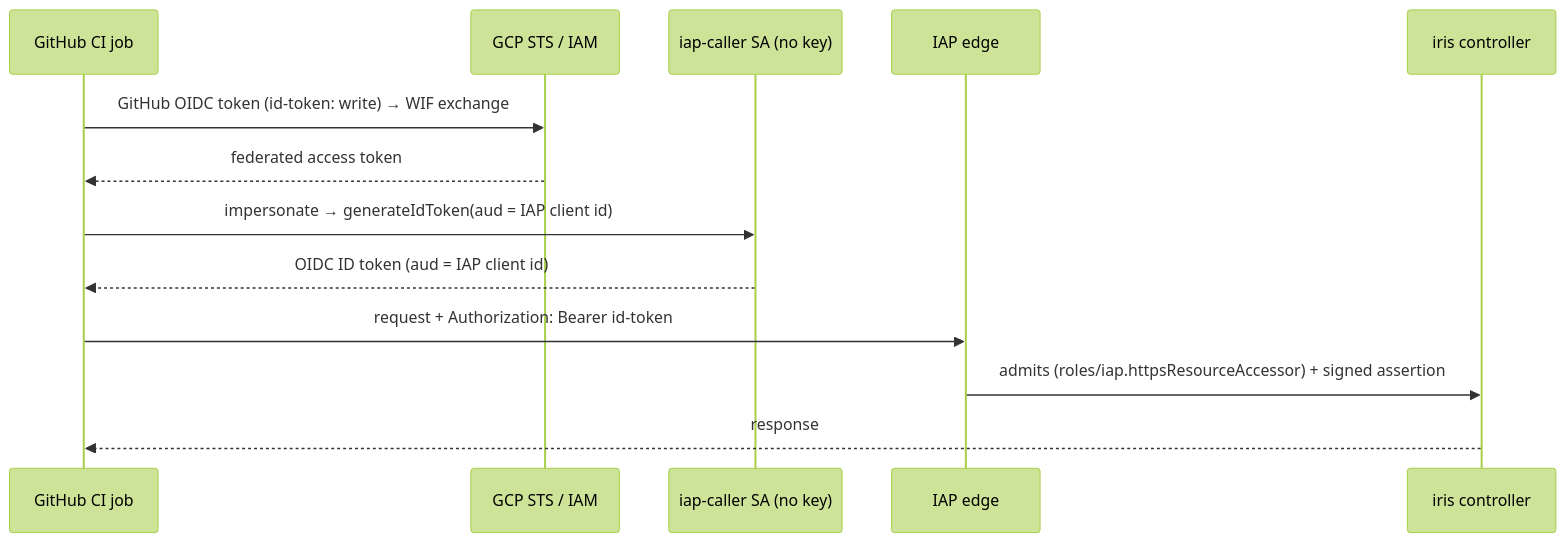
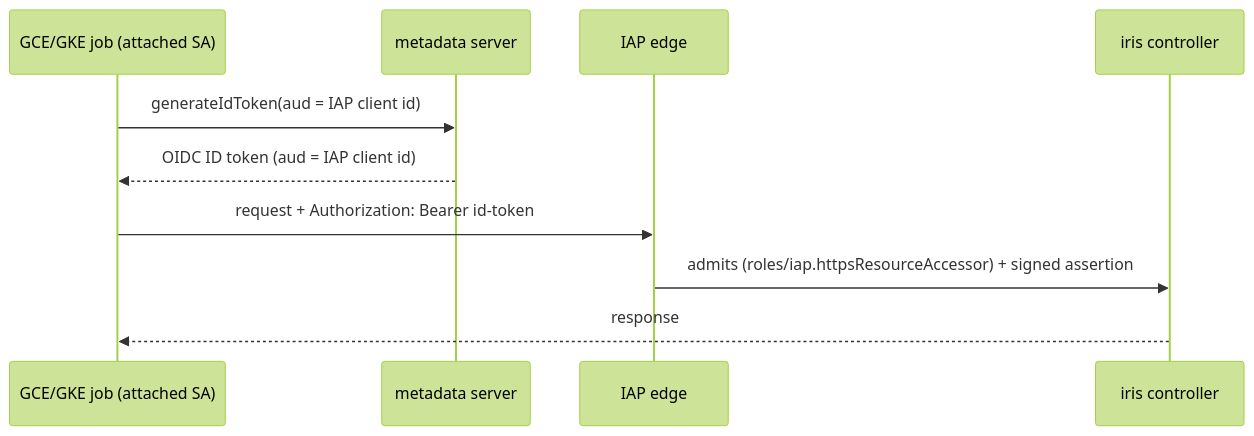
Before and after one commit to marin-community/marin: the first of 2 diagrams in .agents/projects/unified_server_auth/onboarding.md, drawn with Mermaid (forest theme). The commit also changed other lines of this file and 2 other files, not shown here.

First line of the commit message:
Scope phase-1 headless auth to SA credentials; WIF becomes fast-follow

````diff
--- a/.agents/projects/unified_server_auth/onboarding.md
+++ b/.agents/projects/unified_server_auth/onboarding.md
@@ -30,15 +36,12 @@
 ```mermaid
 sequenceDiagram
-    participant CI as GitHub CI job
-    participant STS as GCP STS / IAM
-    participant SA as iap-caller SA (no key)
+    participant JOB as GCE/GKE job (attached SA)
+    participant MD as metadata server
     participant IAP as IAP edge
     participant CTL as iris controller
-    CI->>STS: GitHub OIDC token (id-token: write) → WIF exchange
-    STS-->>CI: federated access token
-    CI->>SA: impersonate → generateIdToken(aud = IAP client id)
-    SA-->>CI: OIDC ID token (aud = IAP client id)
-    CI->>IAP: request + Authorization: Bearer id-token
+    JOB->>MD: generateIdToken(aud = IAP client id)
+    MD-->>JOB: OIDC ID token (aud = IAP client id)
+    JOB->>IAP: request + Authorization: Bearer id-token
     IAP->>CTL: admits (roles/iap.httpsResourceAccessor) + signed assertion
-    CTL-->>CI: response
+    CTL-->>JOB: response
 ```
````
